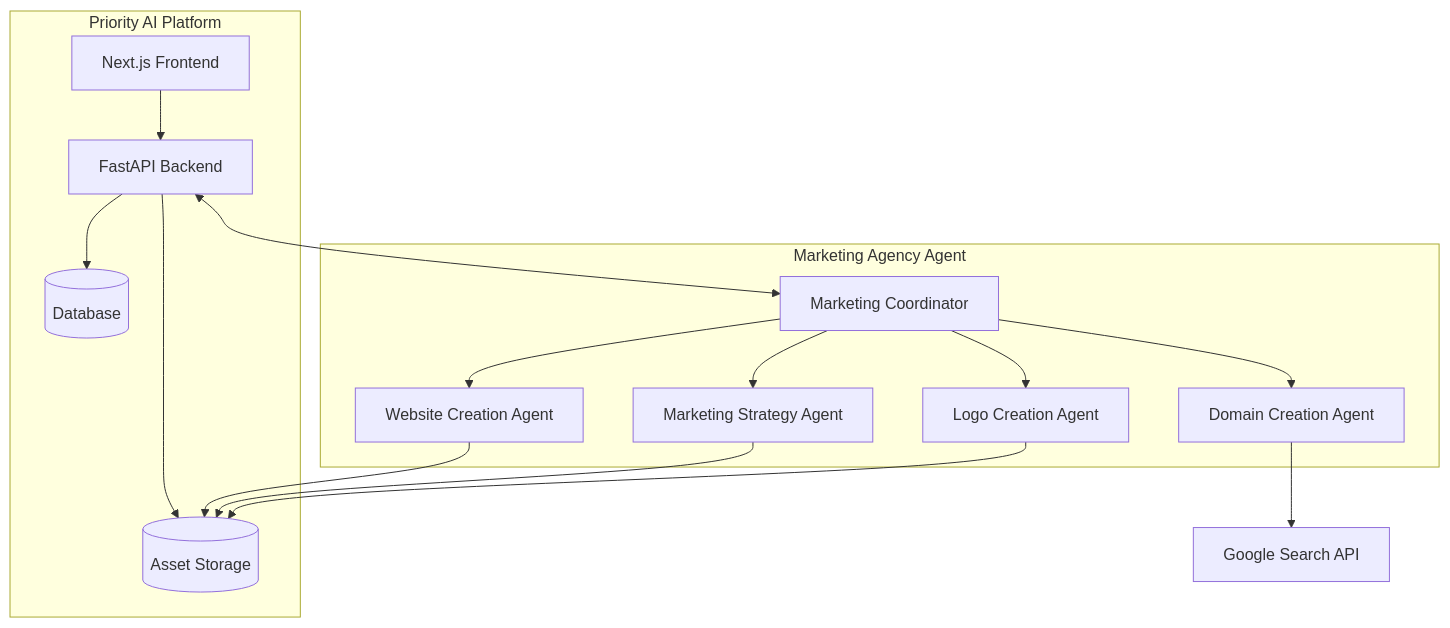
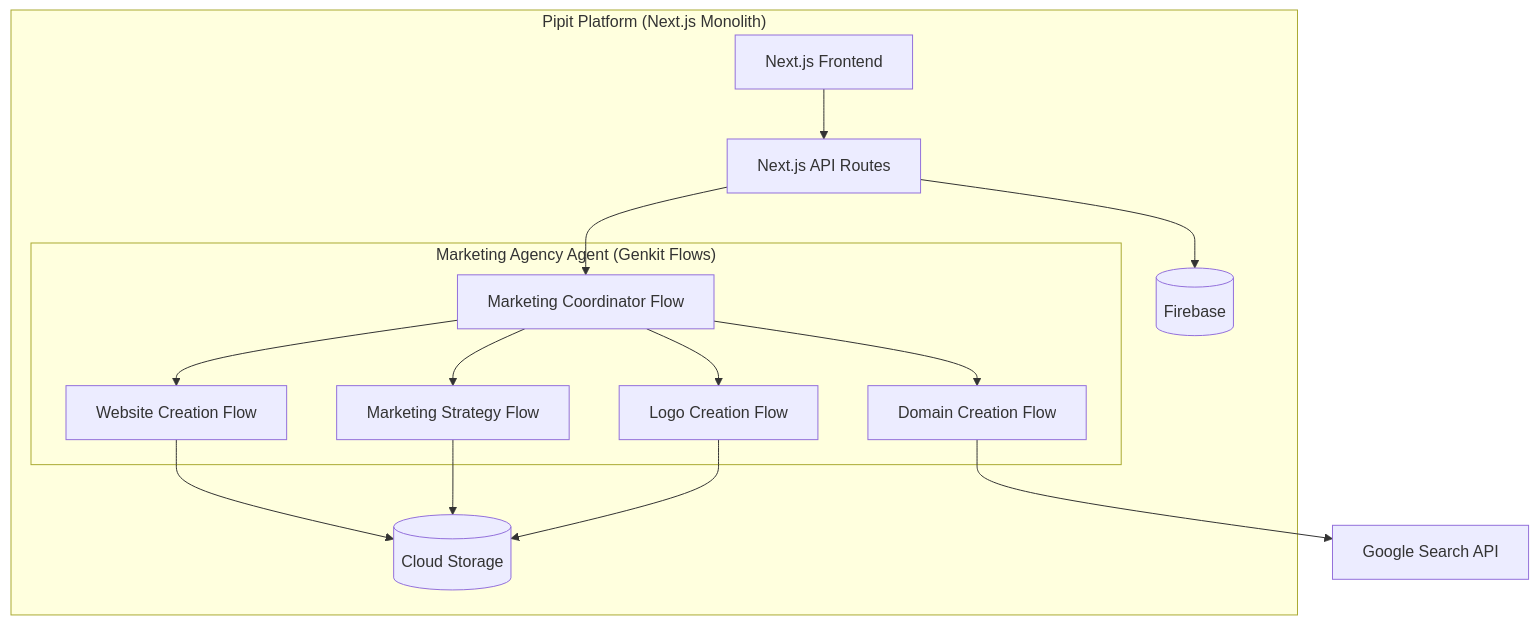
Before and after one commit to Ty-Robb/Pipit-AI: the diagram in docs/features/marketing-agency/integration.md, drawn with Mermaid. The commit also changed other lines of this file and 2 other files, not shown here.

Commit message:
docs: Align marketing agency integration with Genkit architecture feat: Add comprehensive documentation checklist to README

````diff
--- a/docs/features/marketing-agency/integration.md
+++ b/docs/features/marketing-agency/integration.md
@@ -13,32 +13,32 @@
 ```mermaid
 graph TD
-    subgraph "Priority AI Platform"
+    subgraph "Pipit Platform (Next.js Monolith)"
         Frontend[Next.js Frontend]
-        Backend[FastAPI Backend]
-        Database[(Database)]
-        AssetStorage[(Asset Storage)]
+        ApiRoutes[Next.js API Routes]
+        Database[(Firebase)]
+        AssetStorage[(Cloud Storage)]
+        
+        subgraph "Marketing Agency Agent (Genkit Flows)"
+            Coordinator[Marketing Coordinator Flow]
+            DomainAgent[Domain Creation Flow]
+            WebsiteAgent[Website Creation Flow]
+            MarketingAgent[Marketing Strategy Flow]
+            LogoAgent[Logo Creation Flow]
+        end
     end
     
-    subgraph "Marketing Agency Agent"
-        Coordinator[Marketing Coordinator]
-        DomainAgent[Domain Creation Agent]
-        WebsiteAgent[Website Creation Agent]
-        MarketingAgent[Marketing Strategy Agent]
-        LogoAgent[Logo Creation Agent]
-    end
+    Frontend --> ApiRoutes
+    ApiRoutes --> Coordinator
     
-    Frontend --> Backend
-    Backend --> Database
-    Backend --> AssetStorage
-    
-    Backend <--> Coordinator
     Coordinator --> DomainAgent
     Coordinator --> WebsiteAgent
     Coordinator --> MarketingAgent
     Coordinator --> LogoAgent
     
     DomainAgent --> GoogleSearch[Google Search API]
     WebsiteAgent --> AssetStorage
     MarketingAgent --> AssetStorage
     LogoAgent --> AssetStorage
+    
+    ApiRoutes --> Database
 ```
````
